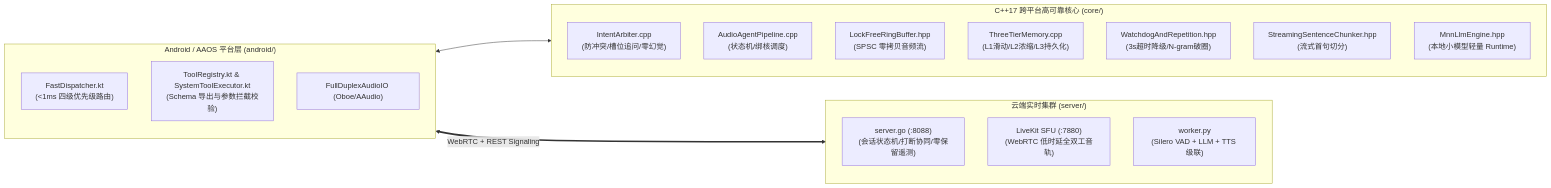
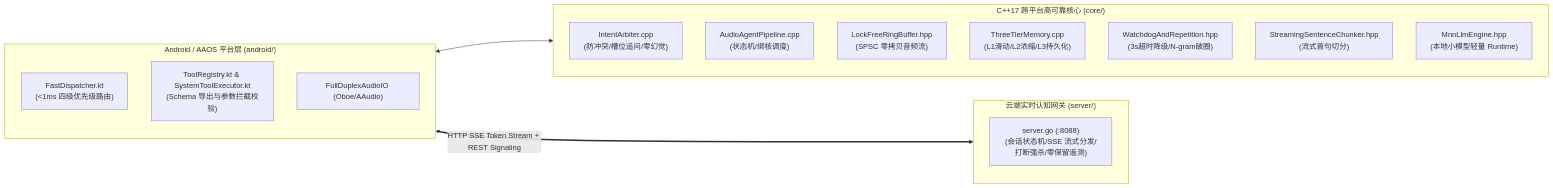
The second of 2 diagrams in docs/ai-agent-harness-architecture.md (feixiao/FastAvatar), drawn with Mermaid before and after one commit. The commit also changed other lines of this file and 30 other files, not shown here.

First line of the commit message:
refactor(cloud): 裁撤 LiveKit 依赖与容器编排，全面切换至轻量 Go 实时网关与端侧统一 TTS

````diff
--- a/docs/ai-agent-harness-architecture.md
+++ b/docs/ai-agent-harness-architecture.md
@@ -160,27 +159,25 @@
 ```mermaid
 flowchart LR
     subgraph NativeCore["C++17 跨平台高可靠核心 (core/)"]
         Arbiter["IntentArbiter.cpp<br/>(防冲突/槽位追问/零幻觉)"]
         Pipeline["AudioAgentPipeline.cpp<br/>(状态机/绑核调度)"]
         RingBuf["LockFreeRingBuffer.hpp<br/>(SPSC 零拷贝音频流)"]
         Mem["ThreeTierMemory.cpp<br/>(L1滑动/L2浓缩/L3持久化)"]
         Watchdog["WatchdogAndRepetition.hpp<br/>(3s超时降级/N-gram破圈)"]
         Chunker["StreamingSentenceChunker.hpp<br/>(流式首句切分)"]
         SLM["MnnLlmEngine.hpp<br/>(本地小模型轻量 Runtime)"]
     end
 
     subgraph AndroidEdge["Android / AAOS 平台层 (android/)"]
         FastDisp["FastDispatcher.kt<br/>(<1ms 四级优先级路由)"]
         ToolReg["ToolRegistry.kt & SystemToolExecutor.kt<br/>(Schema 导出与参数拦截校验)"]
         OboeAudio["FullDuplexAudioIO (Oboe/AAudio)"]
     end
 
-    subgraph CloudInfra["云端实时集群 (server/)"]
-        GoGW["server.go (:8088)<br/>(会话状态机/打断协同/零保留遥测)"]
-        LiveKitSFU["LiveKit SFU (:7880)<br/>(WebRTC 低时延全双工音轨)"]
-        PyWorker["worker.py<br/>(Silero VAD + LLM + TTS 级联)"]
+    subgraph CloudInfra["云端实时认知网关 (server/)"]
+        GoGW["server.go (:8088)<br/>(会话状态机/SSE 流式分发/打断强杀/零保留遥测)"]
     end
 
     AndroidEdge <--> NativeCore
-    AndroidEdge <== "WebRTC + REST Signaling" ==> CloudInfra
+    AndroidEdge <== "HTTP SSE Token Stream + REST Signaling" ==> CloudInfra
 ```
````
